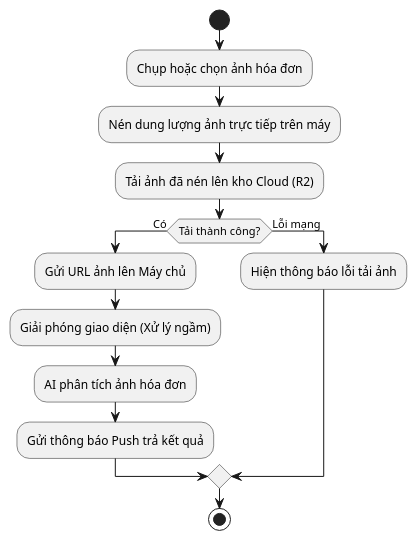
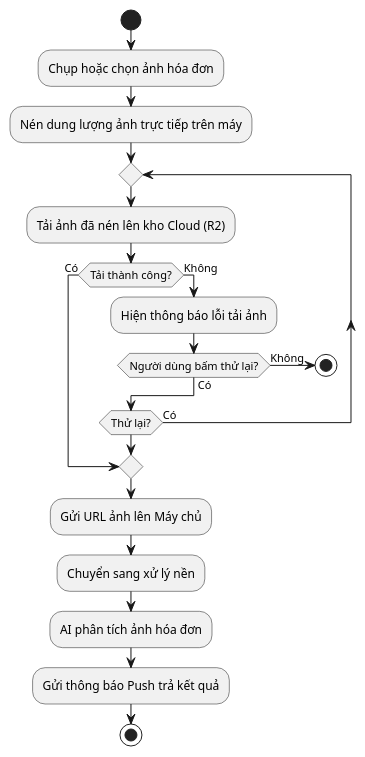
One commit to maikhang160504/spending-diary changed the seventh of 27 diagrams in Luan_van_Hoan_chinh.md. Above: the diagram before and after it, drawn with PlantUML. The commit also changed other lines of this file and 95 other files, not shown here.

````diff
--- a/Luan_van_Hoan_chinh.md
+++ b/Luan_van_Hoan_chinh.md
@@ -825,17 +829,30 @@
 ```plantuml
 @startuml
 start
+
 :Chụp hoặc chọn ảnh hóa đơn;
 :Nén dung lượng ảnh trực tiếp trên máy;
-:Tải ảnh đã nén lên kho Cloud (R2);
-if (Tải thành công?) then (Có)
-  :Gửi URL ảnh lên Máy chủ;
-  :Giải phóng giao diện (Xử lý ngầm);
-  :AI phân tích ảnh hóa đơn;
-  :Gửi thông báo Push trả kết quả;
-else (Lỗi mạng)
-  :Hiện thông báo lỗi tải ảnh;
-endif
+
+repeat
+    :Tải ảnh đã nén lên kho Cloud (R2);
+
+    if (Tải thành công?) then (Có)
+        break
+    else (Không)
+        :Hiện thông báo lỗi tải ảnh;
+
+        if (Người dùng bấm thử lại?) then (Có)
+        else (Không)
+            stop
+        endif
+    endif
+repeat while (Thử lại?) is (Có)
+
+:Gửi URL ảnh lên Máy chủ;
+:Chuyển sang xử lý nền;
+:AI phân tích ảnh hóa đơn;
+:Gửi thông báo Push trả kết quả;
+
 stop
 @enduml
 ```
````
